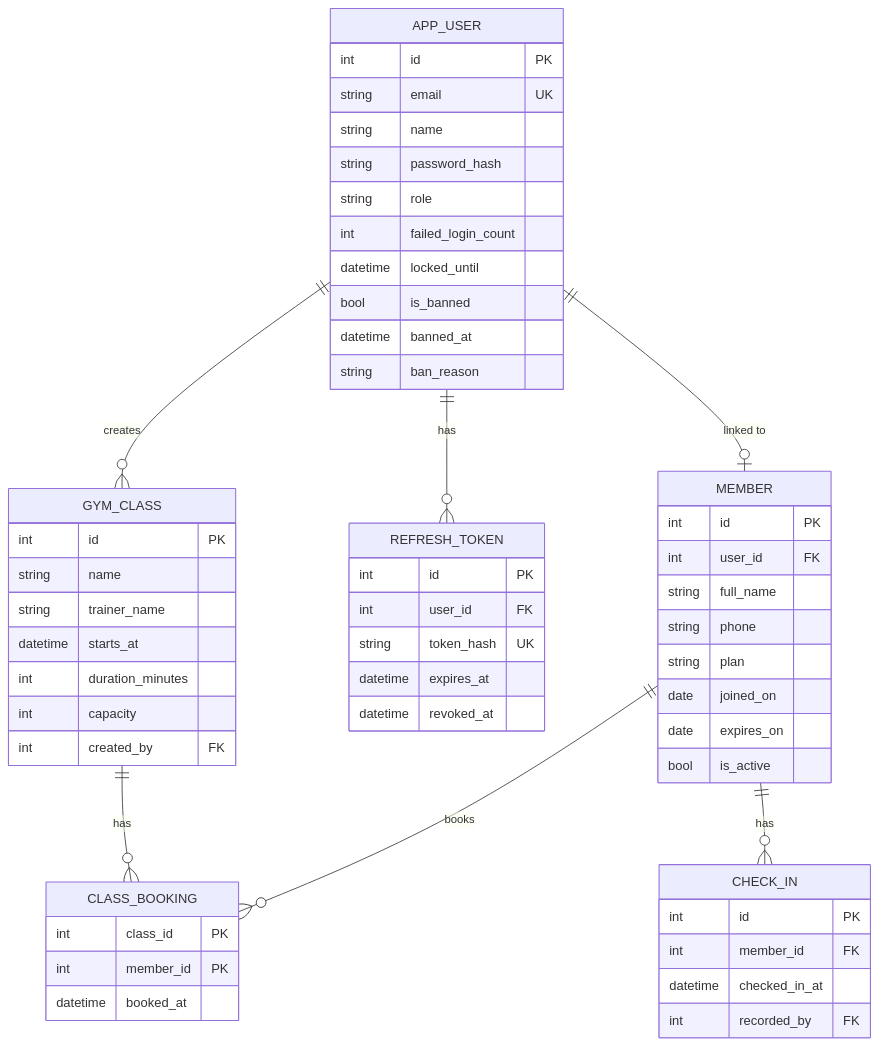
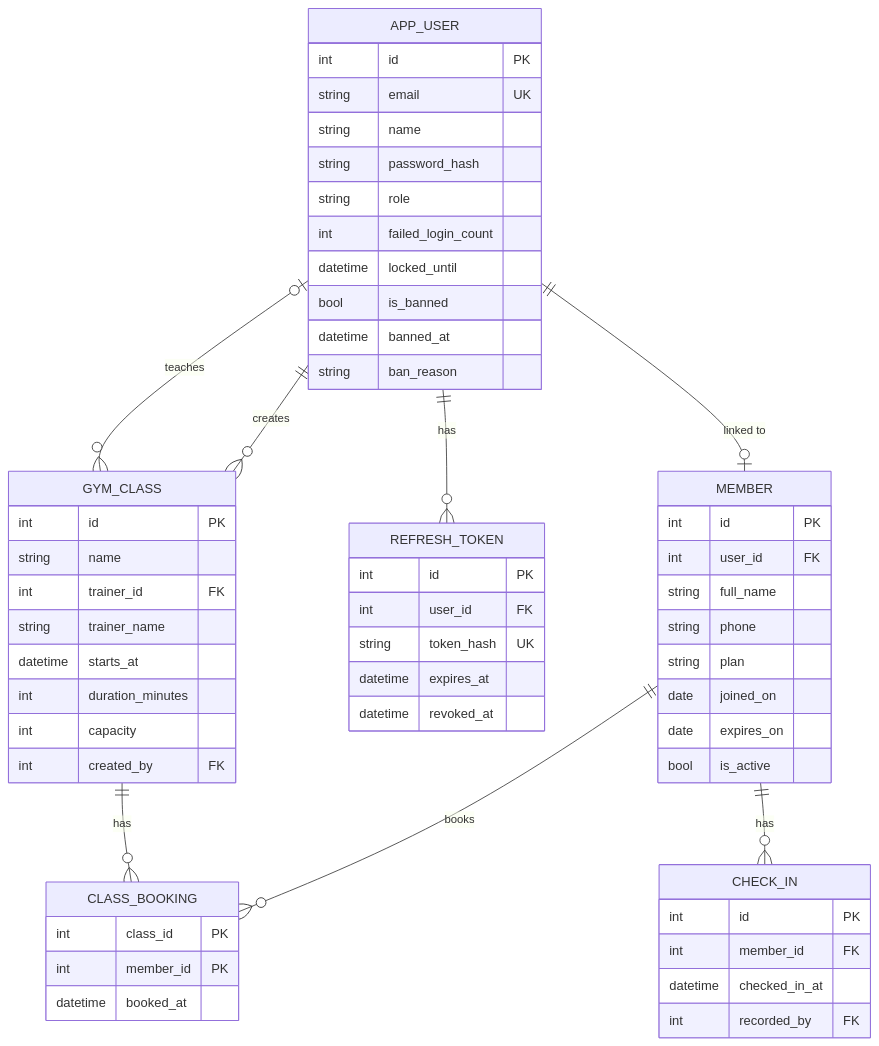
One commit to TanvirMahmudTushar/gym-buddy changed the sixth of 7 diagrams in docs/03-tdd.md. Above: the diagram before and after it, drawn with Mermaid. The commit also changed other lines of this file and 25 other files, not shown here.

````diff
--- a/docs/03-tdd.md
+++ b/docs/03-tdd.md
@@ -310,58 +312,60 @@
 ```mermaid
 erDiagram
     APP_USER ||--o| MEMBER : "linked to"
     APP_USER ||--o{ REFRESH_TOKEN : has
     APP_USER ||--o{ GYM_CLASS : creates
+    APP_USER |o--o{ GYM_CLASS : teaches
     MEMBER ||--o{ CLASS_BOOKING : books
     GYM_CLASS ||--o{ CLASS_BOOKING : has
     MEMBER ||--o{ CHECK_IN : has
     APP_USER {
         int id PK
         string email UK
         string name
         string password_hash
         string role
         int failed_login_count
         datetime locked_until
         bool is_banned
         datetime banned_at
         string ban_reason
     }
     REFRESH_TOKEN {
         int id PK
         int user_id FK
         string token_hash UK
         datetime expires_at
         datetime revoked_at
     }
     MEMBER {
         int id PK
         int user_id FK
         string full_name
         string phone
         string plan
         date joined_on
         date expires_on
         bool is_active
     }
     GYM_CLASS {
         int id PK
         string name
+        int trainer_id FK
         string trainer_name
         datetime starts_at
         int duration_minutes
         int capacity
         int created_by FK
     }
     CLASS_BOOKING {
         int class_id PK
         int member_id PK
         datetime booked_at
     }
     CHECK_IN {
         int id PK
         int member_id FK
         datetime checked_in_at
         int recorded_by FK
     }
 ```
````
